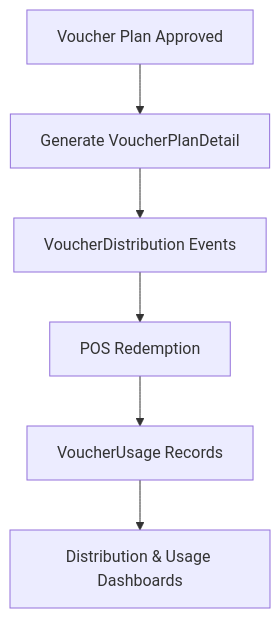
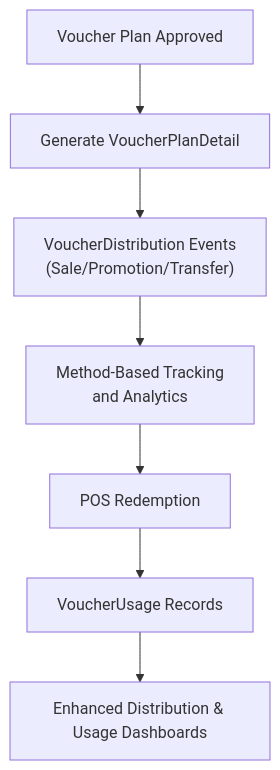
One commit to lamhongbac/NonCash changed the eighth of 8 diagrams in .qoder/repowiki/en/content/Data Models and Database Design/Tracking and Distribution Entities.md. Above: the diagram before and after it, drawn with Mermaid. The commit also changed other lines of this file and 57 other files, not shown here.

First line of the commit message:
Charge credits at plan approval; distribution batch traceability; strict promotion recipient rules

````diff
--- a/.qoder/repowiki/en/content/Data Models and Database Design/Tracking and Distribution Entities.md
+++ b/.qoder/repowiki/en/content/Data Models and Database Design/Tracking and Distribution Entities.md
@@ -357,8 +433,9 @@
 ```mermaid
 flowchart TD
 Plan["Voucher Plan Approved"] --> Generate["Generate VoucherPlanDetail"]
-Generate --> Distribute["VoucherDistribution Events"]
-Distribute --> Redeem["POS Redemption"]
+Generate --> Distribute["VoucherDistribution Events<br/>(Sale/Promotion/Transfer)"]
+Distribute --> Track["Method-Based Tracking<br/>and Analytics"]
+Track --> Redeem["POS Redemption"]
 Redeem --> Usage["VoucherUsage Records"]
-Usage --> Reports["Distribution & Usage Dashboards"]
+Usage --> Reports["Enhanced Distribution & Usage Dashboards"]
 ```
````
